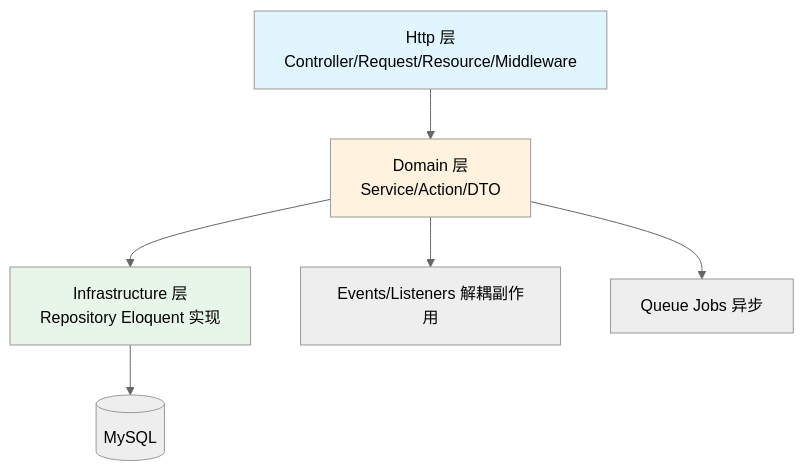
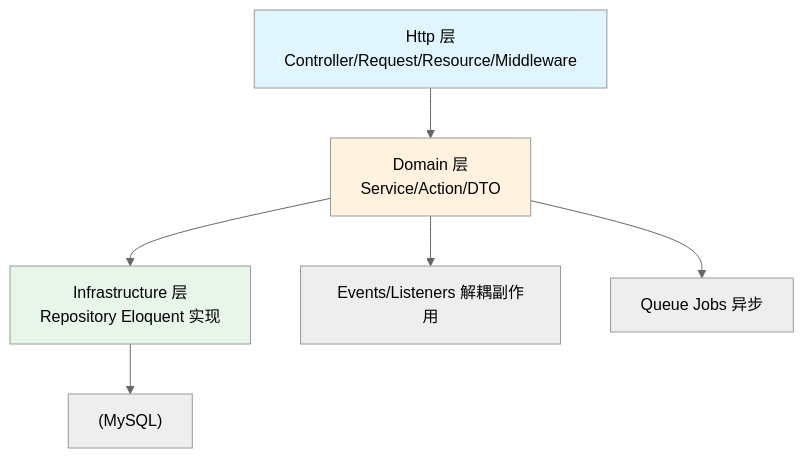
Before and after one commit to wxyClark/wxyClark.github.io: the fourth of 7 diagrams in content/AI-IT/fundamentals/computing/05-laravel-best-practices.md, drawn with Mermaid (neutral theme). The commit also changed other lines of this file and 97 other files, not shown here.

First line of the commit message:
fix(content): 修复 mermaid 图表节点定义格式

````diff
--- a/content/AI-IT/fundamentals/computing/05-laravel-best-practices.md
+++ b/content/AI-IT/fundamentals/computing/05-laravel-best-practices.md
@@ -370,12 +370,12 @@
 ```mermaid
 graph TD
-    HTTP[Http 层<br/>Controller/Request/Resource/Middleware] --> DOM[Domain 层<br/>Service/Action/DTO]
-    DOM --> INF[Infrastructure 层<br/>Repository Eloquent 实现]
-    INF --> DB[(MySQL)]
-    DOM --> EVT[Events/Listeners 解耦副作用]
+    HTTP["Http 层<br/>Controller/Request/Resource/Middleware"] --> DOM["Domain 层<br/>Service/Action/DTO"]
+    DOM --> INF["Infrastructure 层<br/>Repository Eloquent 实现"]
+    INF --> DB["(MySQL)"]
+    DOM --> EVT["Events/Listeners 解耦副作用"]
     DOM --> Q[Queue Jobs 异步]
 
     style HTTP fill:#e1f5ff
     style DOM fill:#fff3e0
     style INF fill:#e8f5e9
 ```
````
